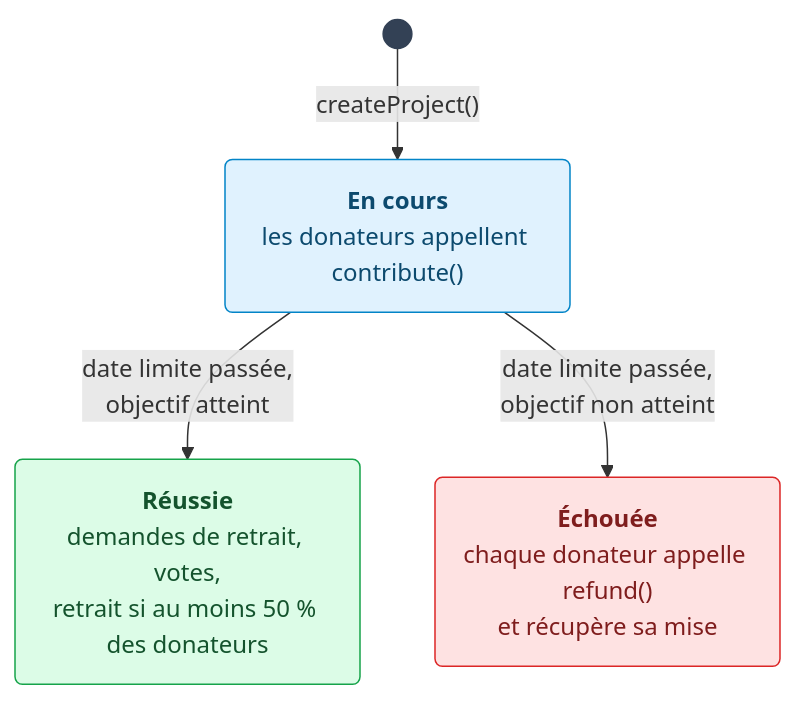
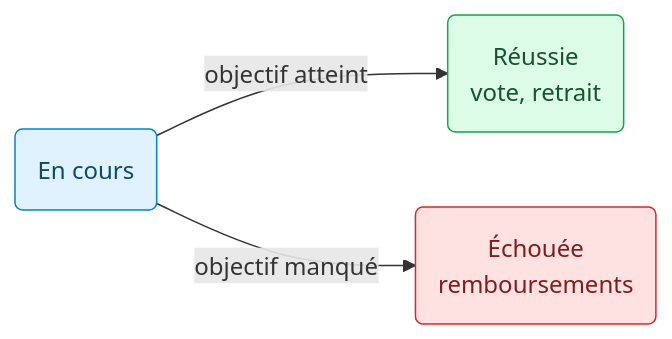
The second of 2 diagrams in README.md (Chaksterr/Crowdfunding-blockchain), drawn with Mermaid before and after one commit. The commit also changed other lines of this file and 13 other files, not shown here.

````diff
--- a/README.md
+++ b/README.md
@@ -222,15 +143,11 @@
 ```mermaid
-flowchart TB
-    S0(("&nbsp;")) -->|"createProject()"| EC("<b>En cours</b><br/>les donateurs appellent contribute()")
-    EC -->|"date limite passée,<br/>objectif atteint"| R("<b>Réussie</b><br/>demandes de retrait, votes,<br/>retrait si au moins 50 % des donateurs")
-    EC -->|"date limite passée,<br/>objectif non atteint"| E("<b>Échouée</b><br/>chaque donateur appelle refund()<br/>et récupère sa mise")
-
-    classDef startPoint fill:#334155,stroke:#334155
+flowchart LR
+    EC("En cours") -->|"objectif atteint"| R("Réussie<br/>vote, retrait")
+    EC -->|"objectif manqué"| E("Échouée<br/>remboursements")
     classDef ongoing fill:#e0f2fe,stroke:#0284c7,color:#0c4a6e
     classDef success fill:#dcfce7,stroke:#16a34a,color:#14532d
     classDef failed fill:#fee2e2,stroke:#dc2626,color:#7f1d1d
-    class S0 startPoint
     class EC ongoing
     class R success
     class E failed
 ```
````
